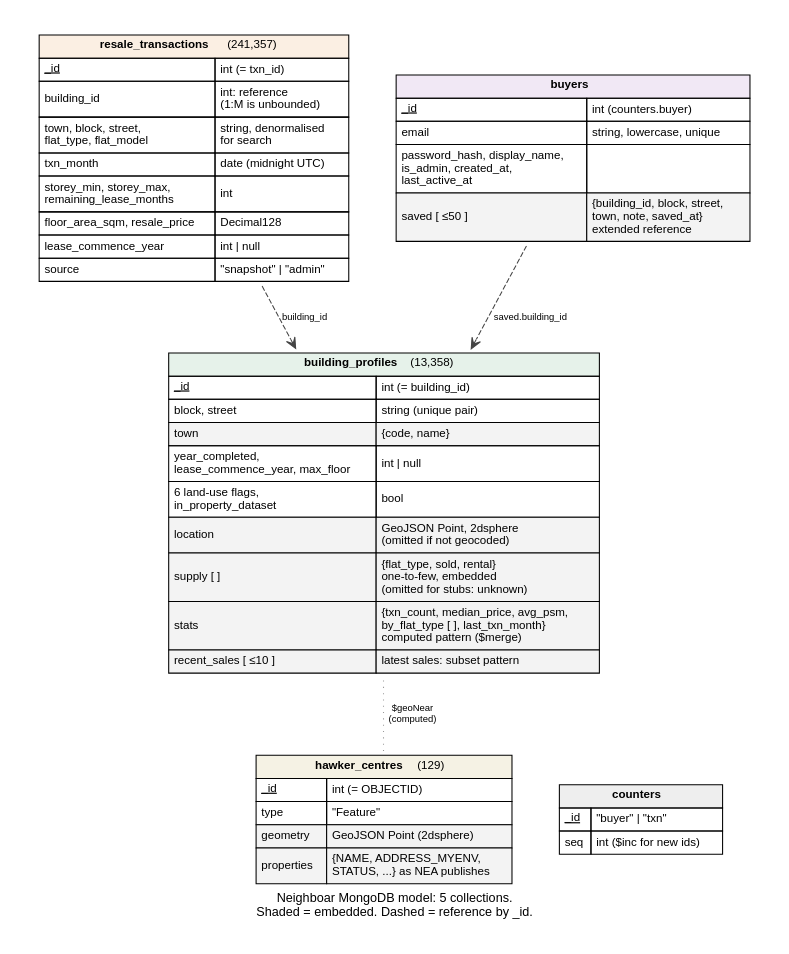
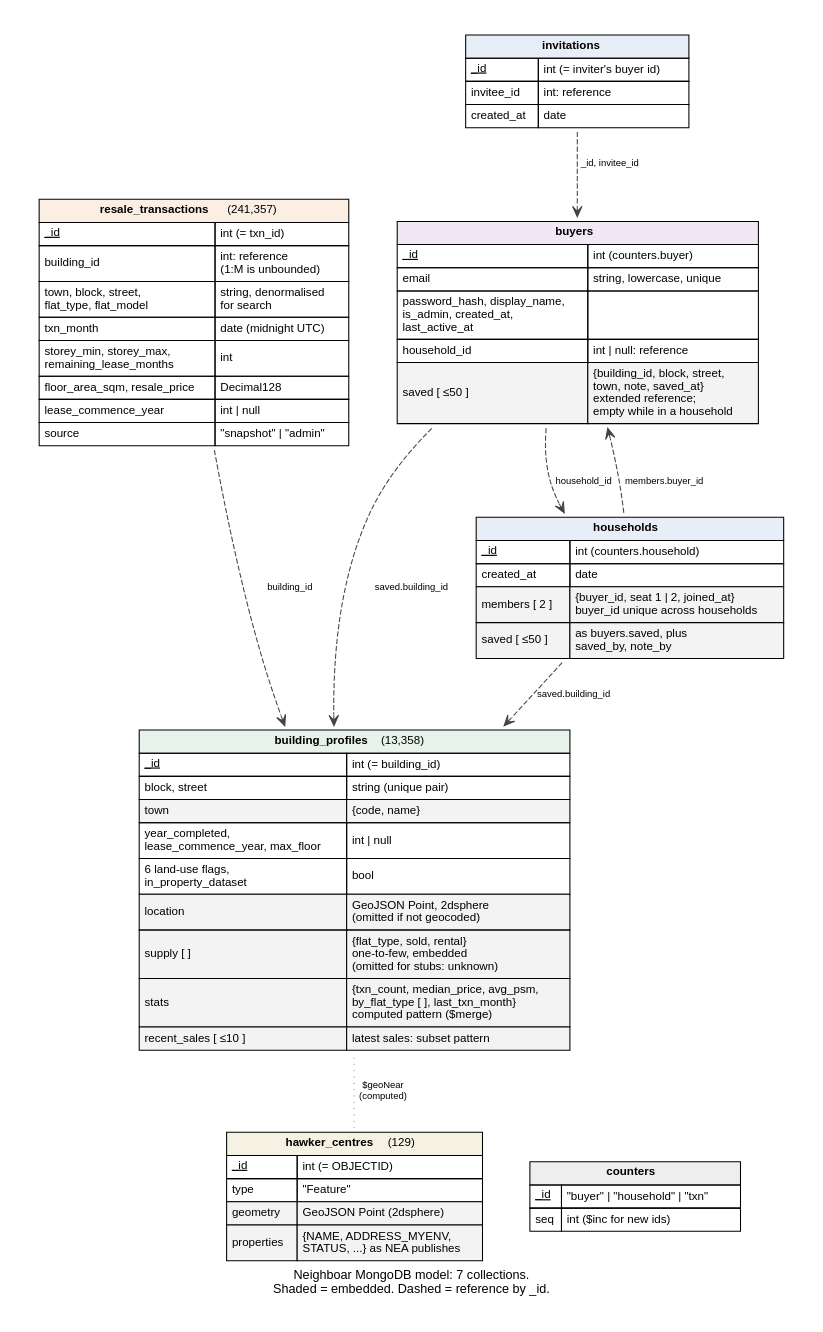
One commit to C-O-L0/Neighboarhood changed the diagram in docs/diagrams/mongo_model.dot. Above: the diagram before and after it, drawn with Graphviz. The commit also changed 36 other files, not shown here.

```diff
--- a/docs/diagrams/mongo_model.dot
+++ b/docs/diagrams/mongo_model.dot
@@ -1,69 +1,91 @@
 // Neighboar MongoDB document model (docs/BUILD_PLAN.md section 5, db/mongo/validators/).
 // Solid boxes are collections; shaded rows are embedded documents or arrays.
 // Dashed arrows are references by id (no join at read time unless noted).
 // Render: python -m docs.diagrams.build
 digraph neighboar_mongo {
   graph [rankdir=TB, splines=spline, nodesep=0.4, ranksep=0.7, fontname="Helvetica", fontsize=12, pad=0.3,
-         label="Neighboar MongoDB model: 5 collections.\nShaded = embedded. Dashed = reference by _id.", labelloc=b];
+         label="Neighboar MongoDB model: 7 collections.\nShaded = embedded. Dashed = reference by _id.", labelloc=b];
   node [shape=plaintext, fontname="Helvetica", fontsize=11];
   edge [fontname="Helvetica", fontsize=9, color="#444444", style=dashed, arrowhead=vee];
 
   building_profiles [label=<
     <TABLE BORDER="0" CELLBORDER="1" CELLSPACING="0" CELLPADDING="4">
       <TR><TD COLSPAN="2" BGCOLOR="#E6F2EA"><B>building_profiles</B> (13,358)</TD></TR>
       <TR><TD ALIGN="LEFT"><U>_id</U></TD><TD ALIGN="LEFT">int (= building_id)</TD></TR>
       <TR><TD ALIGN="LEFT">block, street</TD><TD ALIGN="LEFT">string (unique pair)</TD></TR>
       <TR><TD ALIGN="LEFT" BGCOLOR="#F3F3F3">town</TD><TD ALIGN="LEFT" BGCOLOR="#F3F3F3">{code, name}</TD></TR>
       <TR><TD ALIGN="LEFT">year_completed,<BR ALIGN="LEFT"/>lease_commence_year, max_floor<BR ALIGN="LEFT"/></TD><TD ALIGN="LEFT">int | null</TD></TR>
       <TR><TD ALIGN="LEFT">6 land-use flags,<BR ALIGN="LEFT"/>in_property_dataset<BR ALIGN="LEFT"/></TD><TD ALIGN="LEFT">bool</TD></TR>
       <TR><TD ALIGN="LEFT" BGCOLOR="#F3F3F3">location</TD><TD ALIGN="LEFT" BGCOLOR="#F3F3F3">GeoJSON Point, 2dsphere<BR ALIGN="LEFT"/>(omitted if not geocoded)<BR ALIGN="LEFT"/></TD></TR>
       <TR><TD ALIGN="LEFT" BGCOLOR="#F3F3F3">supply [ ]</TD><TD ALIGN="LEFT" BGCOLOR="#F3F3F3">{flat_type, sold, rental}<BR ALIGN="LEFT"/>one-to-few, embedded<BR ALIGN="LEFT"/>(omitted for stubs: unknown)<BR ALIGN="LEFT"/></TD></TR>
       <TR><TD ALIGN="LEFT" BGCOLOR="#F3F3F3">stats</TD><TD ALIGN="LEFT" BGCOLOR="#F3F3F3">{txn_count, median_price, avg_psm,<BR ALIGN="LEFT"/>by_flat_type [ ], last_txn_month}<BR ALIGN="LEFT"/>computed pattern ($merge)<BR ALIGN="LEFT"/></TD></TR>
       <TR><TD ALIGN="LEFT" BGCOLOR="#F3F3F3">recent_sales [ ≤10 ]</TD><TD ALIGN="LEFT" BGCOLOR="#F3F3F3">latest sales: subset pattern</TD></TR>
     </TABLE>>];
 
   resale_transactions [label=<
     <TABLE BORDER="0" CELLBORDER="1" CELLSPACING="0" CELLPADDING="4">
       <TR><TD COLSPAN="2" BGCOLOR="#FBEFE3"><B>resale_transactions</B> (241,357)</TD></TR>
       <TR><TD ALIGN="LEFT"><U>_id</U></TD><TD ALIGN="LEFT">int (= txn_id)</TD></TR>
       <TR><TD ALIGN="LEFT">building_id</TD><TD ALIGN="LEFT">int: reference<BR ALIGN="LEFT"/>(1:M is unbounded)<BR ALIGN="LEFT"/></TD></TR>
       <TR><TD ALIGN="LEFT">town, block, street,<BR ALIGN="LEFT"/>flat_type, flat_model<BR ALIGN="LEFT"/></TD><TD ALIGN="LEFT">string, denormalised<BR ALIGN="LEFT"/>for search<BR ALIGN="LEFT"/></TD></TR>
       <TR><TD ALIGN="LEFT">txn_month</TD><TD ALIGN="LEFT">date (midnight UTC)</TD></TR>
       <TR><TD ALIGN="LEFT">storey_min, storey_max,<BR ALIGN="LEFT"/>remaining_lease_months<BR ALIGN="LEFT"/></TD><TD ALIGN="LEFT">int</TD></TR>
       <TR><TD ALIGN="LEFT">floor_area_sqm, resale_price</TD><TD ALIGN="LEFT">Decimal128</TD></TR>
       <TR><TD ALIGN="LEFT">lease_commence_year</TD><TD ALIGN="LEFT">int | null</TD></TR>
       <TR><TD ALIGN="LEFT">source</TD><TD ALIGN="LEFT">"snapshot" | "admin"</TD></TR>
     </TABLE>>];
 
   buyers [label=<
     <TABLE BORDER="0" CELLBORDER="1" CELLSPACING="0" CELLPADDING="4">
       <TR><TD COLSPAN="2" BGCOLOR="#F1E8F5"><B>buyers</B></TD></TR>
       <TR><TD ALIGN="LEFT"><U>_id</U></TD><TD ALIGN="LEFT">int (counters.buyer)</TD></TR>
       <TR><TD ALIGN="LEFT">email</TD><TD ALIGN="LEFT">string, lowercase, unique</TD></TR>
       <TR><TD ALIGN="LEFT">password_hash, display_name,<BR ALIGN="LEFT"/>is_admin, created_at,<BR ALIGN="LEFT"/>last_active_at<BR ALIGN="LEFT"/></TD><TD ALIGN="LEFT"> </TD></TR>
-      <TR><TD ALIGN="LEFT" BGCOLOR="#F3F3F3">saved [ ≤50 ]</TD><TD ALIGN="LEFT" BGCOLOR="#F3F3F3">{building_id, block, street,<BR ALIGN="LEFT"/>town, note, saved_at}<BR ALIGN="LEFT"/>extended reference<BR ALIGN="LEFT"/></TD></TR>
+      <TR><TD ALIGN="LEFT">household_id</TD><TD ALIGN="LEFT">int | null: reference</TD></TR>
+      <TR><TD ALIGN="LEFT" BGCOLOR="#F3F3F3">saved [ ≤50 ]</TD><TD ALIGN="LEFT" BGCOLOR="#F3F3F3">{building_id, block, street,<BR ALIGN="LEFT"/>town, note, saved_at}<BR ALIGN="LEFT"/>extended reference;<BR ALIGN="LEFT"/>empty while in a household<BR ALIGN="LEFT"/></TD></TR>
+    </TABLE>>];
+
+  households [label=<
+    <TABLE BORDER="0" CELLBORDER="1" CELLSPACING="0" CELLPADDING="4">
+      <TR><TD COLSPAN="2" BGCOLOR="#E7EEF7"><B>households</B></TD></TR>
+      <TR><TD ALIGN="LEFT"><U>_id</U></TD><TD ALIGN="LEFT">int (counters.household)</TD></TR>
+      <TR><TD ALIGN="LEFT">created_at</TD><TD ALIGN="LEFT">date</TD></TR>
+      <TR><TD ALIGN="LEFT" BGCOLOR="#F3F3F3">members [ 2 ]</TD><TD ALIGN="LEFT" BGCOLOR="#F3F3F3">{buyer_id, seat 1 | 2, joined_at}<BR ALIGN="LEFT"/>buyer_id unique across households<BR ALIGN="LEFT"/></TD></TR>
+      <TR><TD ALIGN="LEFT" BGCOLOR="#F3F3F3">saved [ ≤50 ]</TD><TD ALIGN="LEFT" BGCOLOR="#F3F3F3">as buyers.saved, plus<BR ALIGN="LEFT"/>saved_by, note_by<BR ALIGN="LEFT"/></TD></TR>
+    </TABLE>>];
+
+  invitations [label=<
+    <TABLE BORDER="0" CELLBORDER="1" CELLSPACING="0" CELLPADDING="4">
+      <TR><TD COLSPAN="2" BGCOLOR="#E7EEF7"><B>invitations</B></TD></TR>
+      <TR><TD ALIGN="LEFT"><U>_id</U></TD><TD ALIGN="LEFT">int (= inviter's buyer id)</TD></TR>
+      <TR><TD ALIGN="LEFT">invitee_id</TD><TD ALIGN="LEFT">int: reference</TD></TR>
+      <TR><TD ALIGN="LEFT">created_at</TD><TD ALIGN="LEFT">date</TD></TR>
     </TABLE>>];
 
   hawker_centres [label=<
     <TABLE BORDER="0" CELLBORDER="1" CELLSPACING="0" CELLPADDING="4">
       <TR><TD COLSPAN="2" BGCOLOR="#F5F2E4"><B>hawker_centres</B> (129)</TD></TR>
       <TR><TD ALIGN="LEFT"><U>_id</U></TD><TD ALIGN="LEFT">int (= OBJECTID)</TD></TR>
       <TR><TD ALIGN="LEFT">type</TD><TD ALIGN="LEFT">"Feature"</TD></TR>
       <TR><TD ALIGN="LEFT" BGCOLOR="#F3F3F3">geometry</TD><TD ALIGN="LEFT" BGCOLOR="#F3F3F3">GeoJSON Point (2dsphere)</TD></TR>
       <TR><TD ALIGN="LEFT" BGCOLOR="#F3F3F3">properties</TD><TD ALIGN="LEFT" BGCOLOR="#F3F3F3">{NAME, ADDRESS_MYENV,<BR ALIGN="LEFT"/>STATUS, ...} as NEA publishes<BR ALIGN="LEFT"/></TD></TR>
     </TABLE>>];
 
   counters [label=<
     <TABLE BORDER="0" CELLBORDER="1" CELLSPACING="0" CELLPADDING="4">
       <TR><TD COLSPAN="2" BGCOLOR="#EEEEEE"><B>counters</B></TD></TR>
-      <TR><TD ALIGN="LEFT"><U>_id</U></TD><TD ALIGN="LEFT">"buyer" | "txn"</TD></TR>
+      <TR><TD ALIGN="LEFT"><U>_id</U></TD><TD ALIGN="LEFT">"buyer" | "household" | "txn"</TD></TR>
       <TR><TD ALIGN="LEFT">seq</TD><TD ALIGN="LEFT">int ($inc for new ids)</TD></TR>
     </TABLE>>];
 
   resale_transactions -> building_profiles [label="building_id"];
   buyers -> building_profiles [label="saved.building_id"];
+  buyers -> households [label="household_id"];
+  households -> buyers [label="members.buyer_id"];
+  households -> building_profiles [label="saved.building_id"];
+  invitations -> buyers [label="_id, invitee_id"];
   hawker_centres -> building_profiles [style=dotted, dir=none, color="#999999", label="$geoNear\n(computed)"];
   { rank=same; resale_transactions; buyers; }
   { rank=same; hawker_centres; counters; }
   building_profiles -> hawker_centres [style=invis];
 }
```
